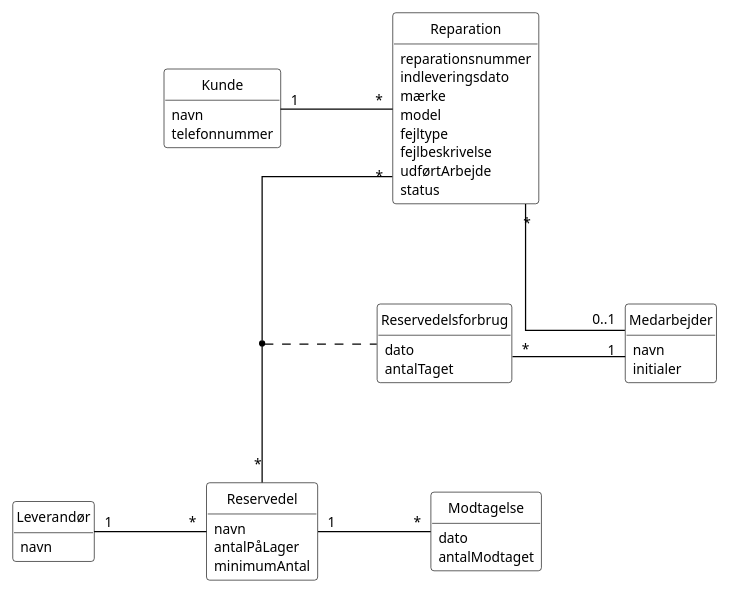
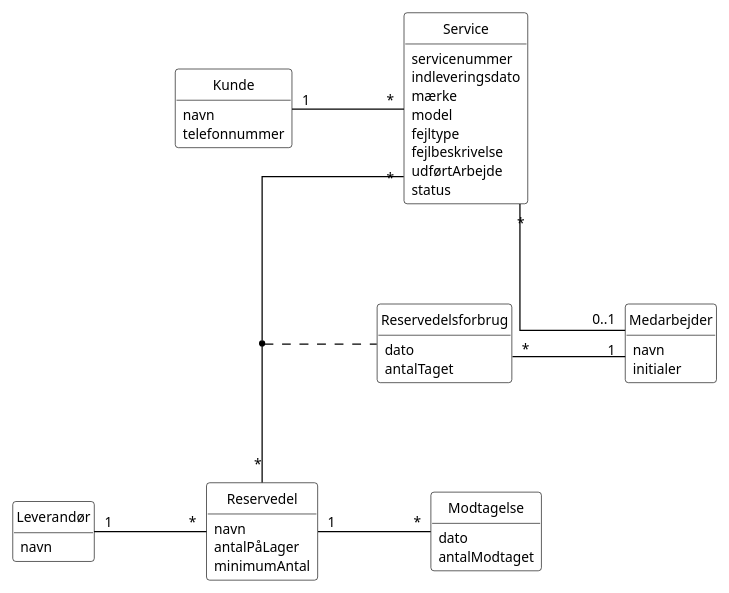
Before and after one commit to Zoabz/Getting-Real: the diagram in 2. Domæne Model/domænemodel.puml, drawn with PlantUML. The commit also changed 1 other file, not shown here.

```diff
--- a/2. Domæne Model/domænemodel.puml
+++ b/2. Domæne Model/domænemodel.puml
@@ -1,74 +1,74 @@
 @startuml
 skinparam monochrome true
 skinparam shadowing false
 skinparam linetype ortho
 skinparam nodesep 90
 skinparam ranksep 80
 skinparam backgroundColor white
 skinparam defaultFontName Arial
 skinparam defaultFontSize 11
 skinparam classAttributeIconSize 0
 skinparam class {
   BackgroundColor white
   BorderColor black
   ArrowColor black
 }
 hide circle
 hide methods
 
 ' UC1
 class Medarbejder {
   navn
   initialer
 }
 
 ' UC2
 class Kunde {
   navn
   telefonnummer
 }
 
 ' UC3, UC4, UC5
-class Reparation {
-  reparationsnummer
+class Service {
+  servicenummer
   indleveringsdato
   mærke
   model
   fejltype
   fejlbeskrivelse
   udførtArbejde
   status
 }
 
-' UC6 (associationsklasse på Reparation–Reservedel)
+' UC6 (associationsklasse på Service–Reservedel)
 class Reservedelsforbrug {
   dato
   antalTaget
 }
 
 ' UC6, UC7, UC8, UC9
 class Reservedel {
   navn
   antalPåLager
   minimumAntal
 }
 
 ' UC8
 class Leverandør {
   navn
 }
 
 ' UC9
 class Modtagelse {
   dato
   antalModtaget
 }
 
-Kunde "1" -right- "*" Reparation
-Reparation "*" -right- "0..1" Medarbejder
-Reparation "*" -down- "*" Reservedel
-(Reparation, Reservedel) .. Reservedelsforbrug
+Kunde "1" -right- "*" Service
+Service "*" -right- "0..1" Medarbejder
+Service "*" -down- "*" Reservedel
+(Service, Reservedel) .. Reservedelsforbrug
 Reservedelsforbrug "*" -right- "1" Medarbejder
 Leverandør "1" -right- "*" Reservedel
 Reservedel "1" -right- "*" Modtagelse
 @enduml
```
